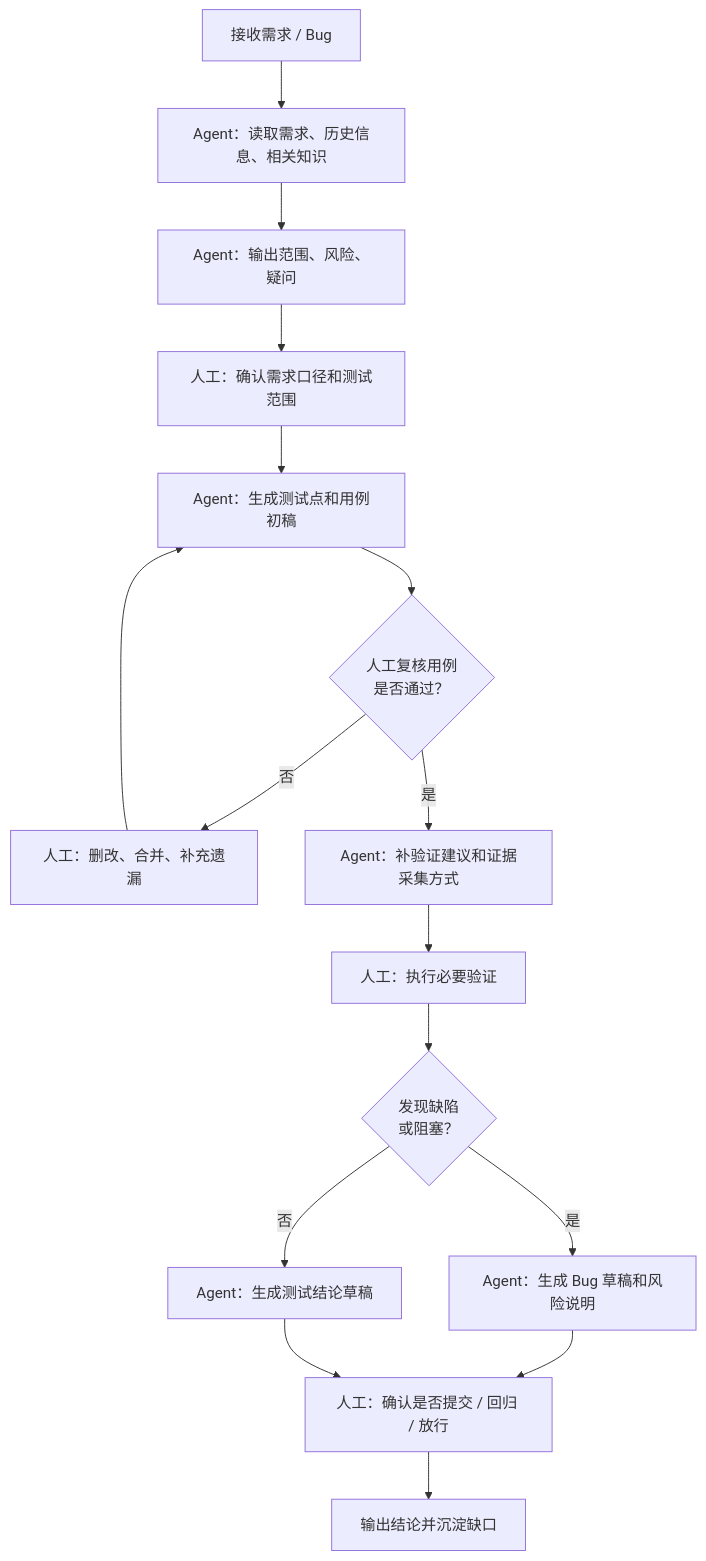
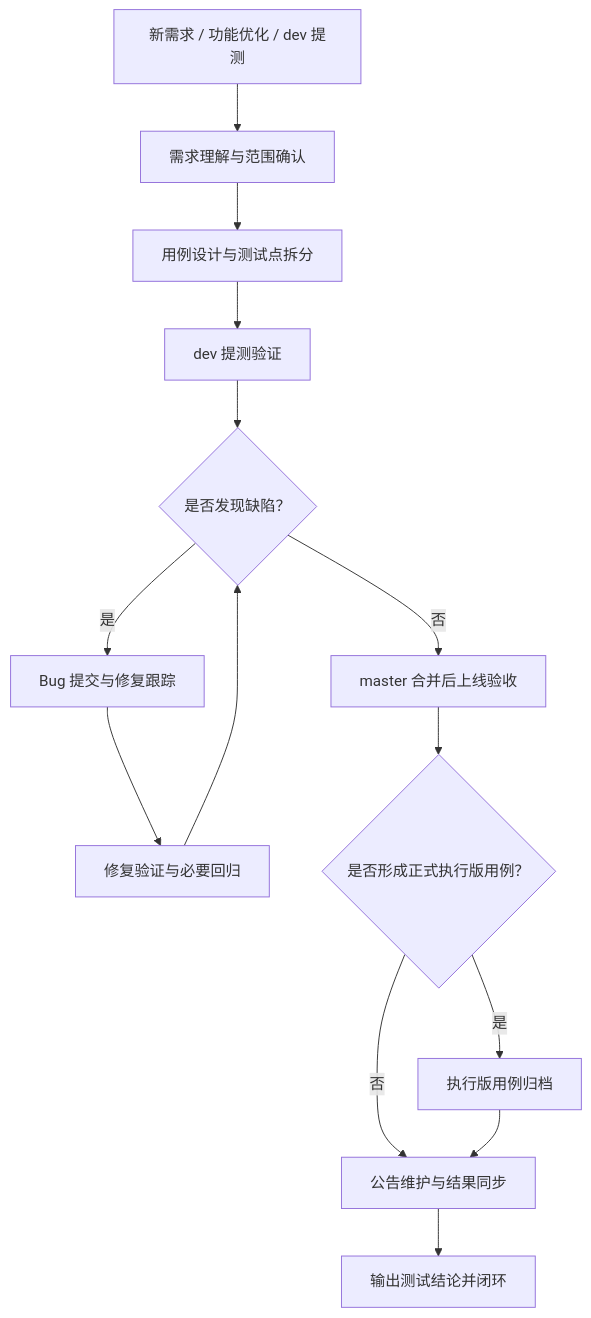
One commit to sprohter/agents-sop-starter changed the diagram in sops/qa/functional-test-sop.example.md. Above: the diagram before and after it, drawn with Mermaid. The commit also changed other lines of this file and 12 other files, not shown here.

````diff
--- a/sops/qa/functional-test-sop.example.md
+++ b/sops/qa/functional-test-sop.example.md
@@ -31,18 +48,16 @@
 ```mermaid
 flowchart TD
-    A["接收需求 / Bug"] --> B["Agent：读取需求、历史信息、相关知识"]
-    B --> C["Agent：输出范围、风险、疑问"]
-    C --> D["人工：确认需求口径和测试范围"]
-    D --> E["Agent：生成测试点和用例初稿"]
-    E --> F{"人工复核用例<br/>是否通过？"}
-    F -- "否" --> G["人工：删改、合并、补充遗漏"]
+    A["新需求 / 功能优化 / dev 提测"] --> B["需求理解与范围确认"]
+    B --> C["用例设计与测试点拆分"]
+    C --> D["dev 提测验证"]
+    D --> E{"是否发现缺陷？"}
+    E -- "是" --> F["Bug 提交与修复跟踪"]
+    F --> G["修复验证与必要回归"]
     G --> E
-    F -- "是" --> H["Agent：补验证建议和证据采集方式"]
-    H --> I["人工：执行必要验证"]
-    I --> J{"发现缺陷<br/>或阻塞？"}
-    J -- "是" --> K["Agent：生成 Bug 草稿和风险说明"]
-    J -- "否" --> L["Agent：生成测试结论草稿"]
-    K --> M["人工：确认是否提交 / 回归 / 放行"]
-    L --> M
-    M --> N["输出结论并沉淀缺口"]
+    E -- "否" --> H["master 合并后上线验收"]
+    H --> I{"是否形成正式执行版用例？"}
+    I -- "是" --> J["执行版用例归档"]
+    I -- "否" --> K["公告维护与结果同步"]
+    J --> K
+    K --> L["输出测试结论并闭环"]
 ```
````
